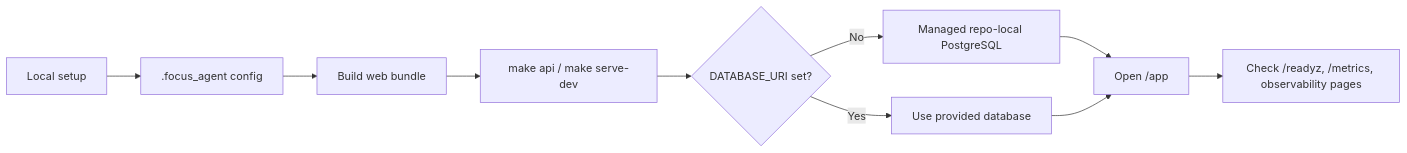
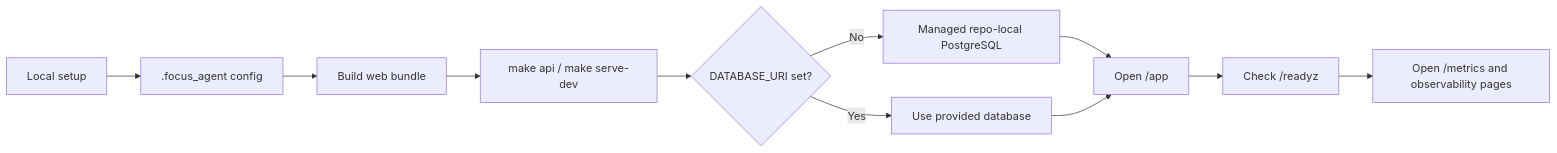
Before and after one commit to William-zgx/focus-agent: the diagram in docs/quick-start.md, drawn with Mermaid. The commit also changed other lines of this file and 13 other files, not shown here.

````diff
--- a/docs/quick-start.md
+++ b/docs/quick-start.md
@@ -5,12 +5,13 @@
 ```mermaid
 flowchart LR
     Setup["Local setup"] --> Config[".focus_agent config"]
     Config --> Build["Build web bundle"]
     Build --> Start["make api / make serve-dev"]
     Start --> Postgres{"DATABASE_URI set?"}
     Postgres -- "No" --> Managed["Managed repo-local PostgreSQL"]
     Postgres -- "Yes" --> External["Use provided database"]
     Managed --> App["Open /app"]
     External --> App
-    App --> Observe["Check /readyz, /metrics, observability pages"]
+    App --> Ready["Check /readyz"]
+    Ready --> Observe["Open /metrics and observability pages"]
 ```
````
